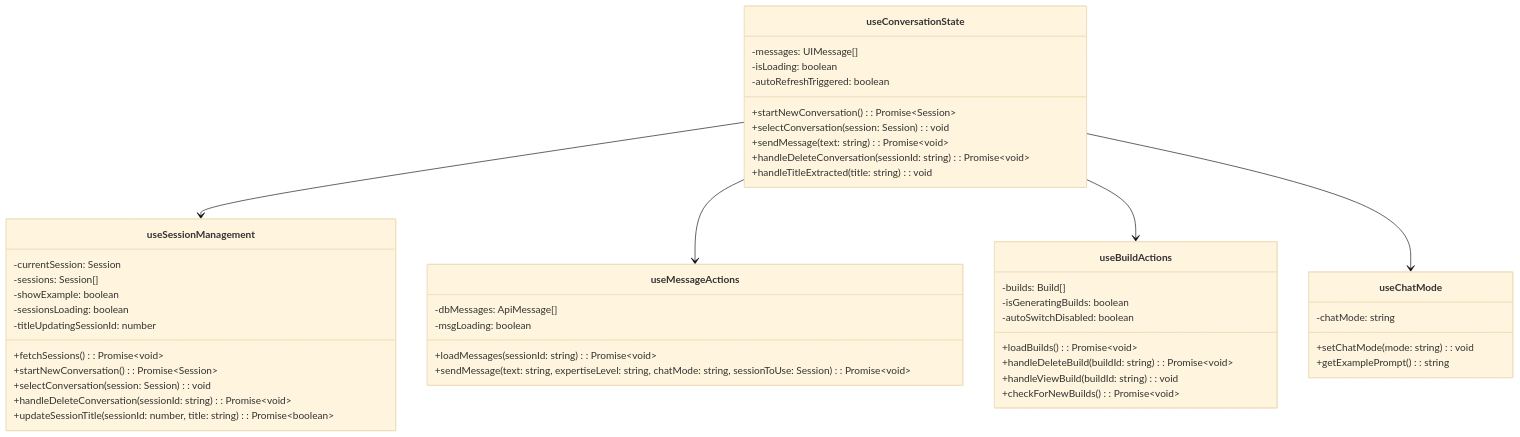
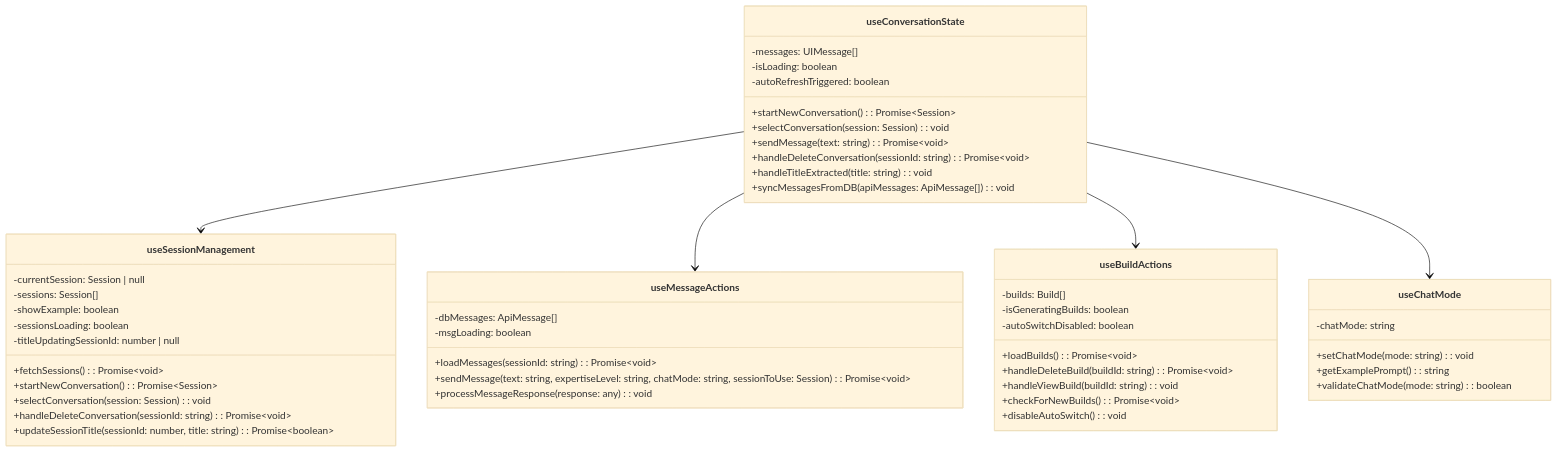
Before and after one commit to p0pular131/askspec-chat-assistant: the fifth of 14 diagrams in docs/design-specification.md, drawn with Mermaid (base theme). The commit also changed other lines of this file and 2 other files, not shown here.

First line of the commit message:
Refactor: Enhance design specification with UML diagrams and data types

````diff
--- a/docs/design-specification.md
+++ b/docs/design-specification.md
@@ -176,54 +241,58 @@
 ```mermaid
 classDiagram
     class useConversationState {
         -messages: UIMessage[]
         -isLoading: boolean
         -autoRefreshTriggered: boolean
         +startNewConversation(): Promise~Session~
         +selectConversation(session: Session): void
         +sendMessage(text: string): Promise~void~
         +handleDeleteConversation(sessionId: string): Promise~void~
         +handleTitleExtracted(title: string): void
+        +syncMessagesFromDB(apiMessages: ApiMessage[]): void
     }
 
     class useSessionManagement {
-        -currentSession: Session
+        -currentSession: Session | null
         -sessions: Session[]
         -showExample: boolean
         -sessionsLoading: boolean
-        -titleUpdatingSessionId: number
+        -titleUpdatingSessionId: number | null
         +fetchSessions(): Promise~void~
         +startNewConversation(): Promise~Session~
         +selectConversation(session: Session): void
         +handleDeleteConversation(sessionId: string): Promise~void~
         +updateSessionTitle(sessionId: number, title: string): Promise~boolean~
     }
 
     class useMessageActions {
         -dbMessages: ApiMessage[]
         -msgLoading: boolean
         +loadMessages(sessionId: string): Promise~void~
         +sendMessage(text: string, expertiseLevel: string, chatMode: string, sessionToUse: Session): Promise~void~
+        +processMessageResponse(response: any): void
     }
 
     class useBuildActions {
         -builds: Build[]
         -isGeneratingBuilds: boolean
         -autoSwitchDisabled: boolean
         +loadBuilds(): Promise~void~
         +handleDeleteBuild(buildId: string): Promise~void~
         +handleViewBuild(buildId: string): void
         +checkForNewBuilds(): Promise~void~
+        +disableAutoSwitch(): void
     }
 
     class useChatMode {
         -chatMode: string
         +setChatMode(mode: string): void
         +getExamplePrompt(): string
+        +validateChatMode(mode: string): boolean
     }
 
     useConversationState --> useSessionManagement
     useConversationState --> useMessageActions
     useConversationState --> useBuildActions
     useConversationState --> useChatMode
 ```
````
